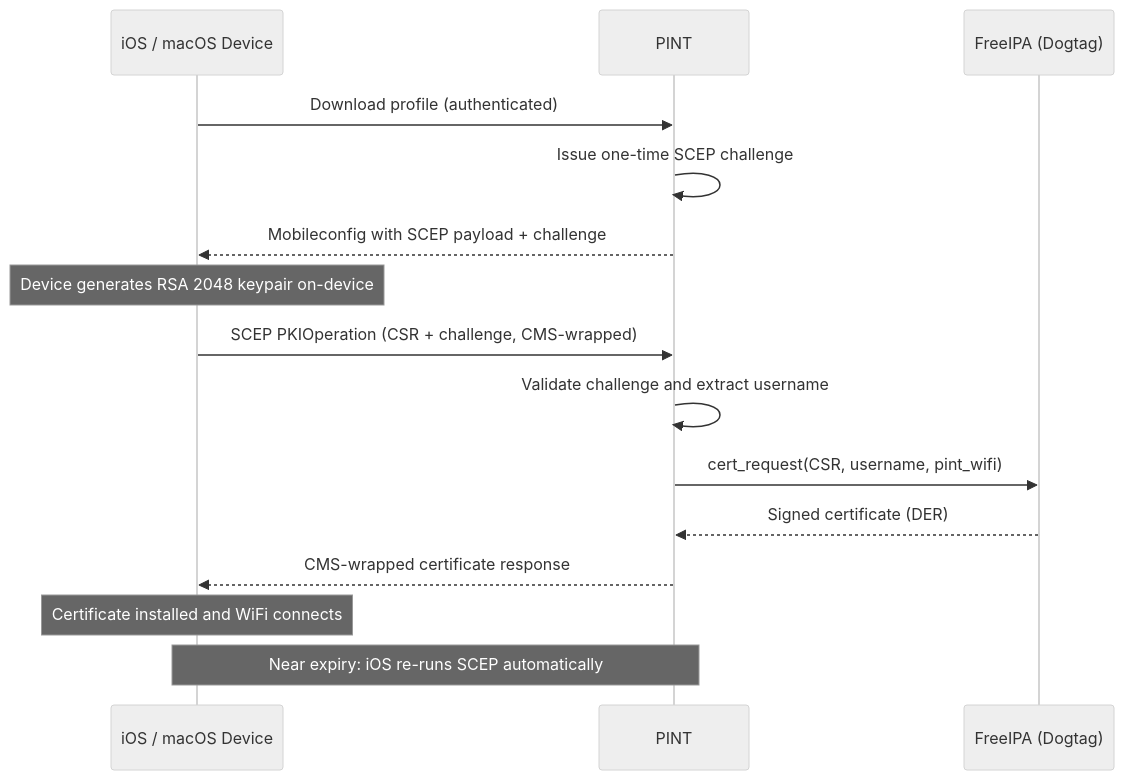
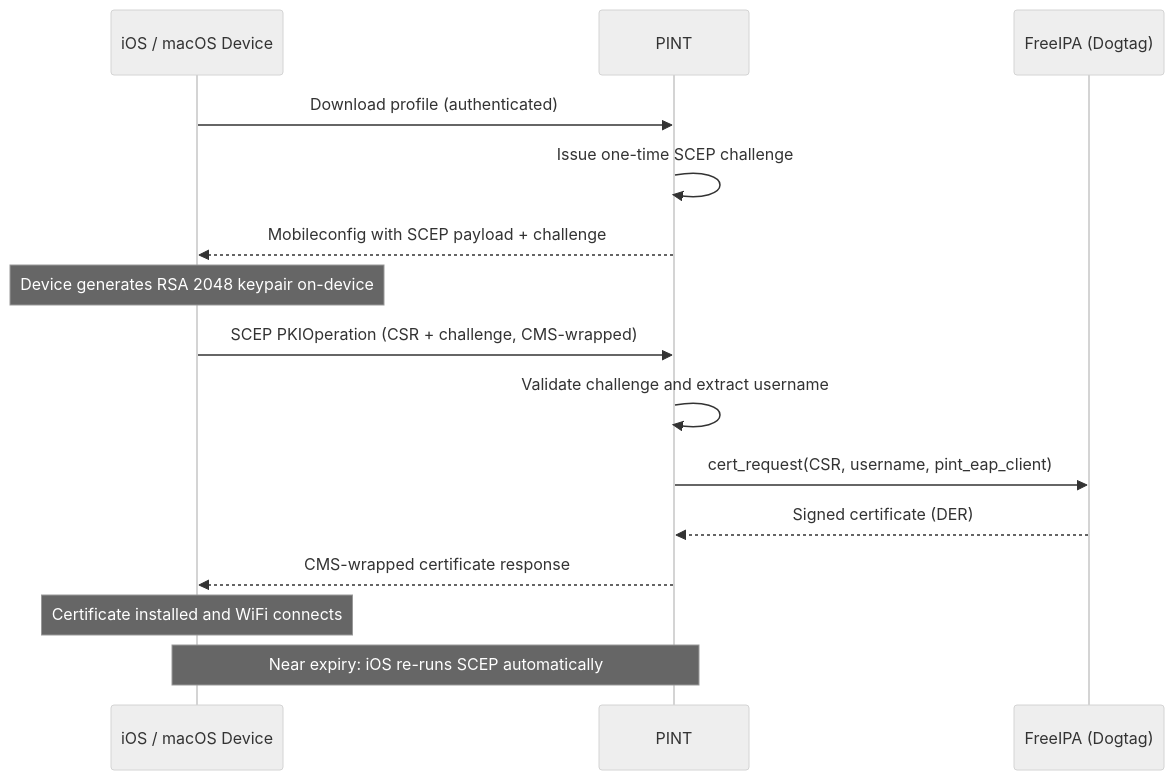
Before and after one commit to ComputerScienceHouse/pint: the second of 6 diagrams in README.md, drawn with Mermaid (neutral theme). The commit also changed other lines of this file and 14 other files, not shown here.

First line of the commit message:
security: add OCSP/CRL to cert profiles, OCSP renewal check, split EAP profiles

````diff
--- a/README.md
+++ b/README.md
@@ -32,18 +32,18 @@
 ```mermaid
 sequenceDiagram
     participant iOS as iOS / macOS Device
     participant P as PINT
     participant IPA as FreeIPA (Dogtag)
 
     iOS->>P: Download profile (authenticated)
     P->>P: Issue one-time SCEP challenge
     P-->>iOS: Mobileconfig with SCEP payload + challenge
     note over iOS: Device generates RSA 2048 keypair on-device
     iOS->>P: SCEP PKIOperation (CSR + challenge, CMS-wrapped)
     P->>P: Validate challenge and extract username
-    P->>IPA: cert_request(CSR, username, pint_wifi)
+    P->>IPA: cert_request(CSR, username, pint_eap_client)
     IPA-->>P: Signed certificate (DER)
     P-->>iOS: CMS-wrapped certificate response
     note over iOS: Certificate installed and WiFi connects
     note over iOS,P: Near expiry: iOS re-runs SCEP automatically
 ```
````
